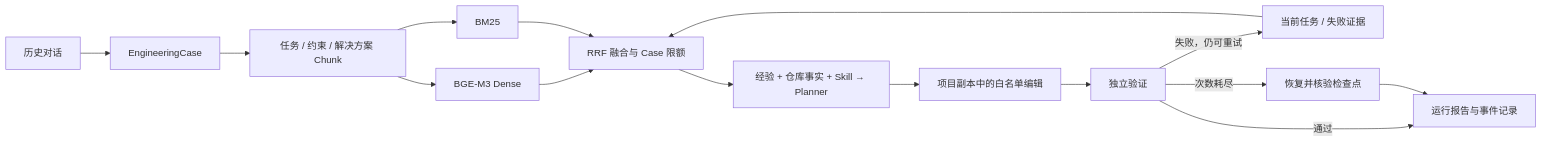
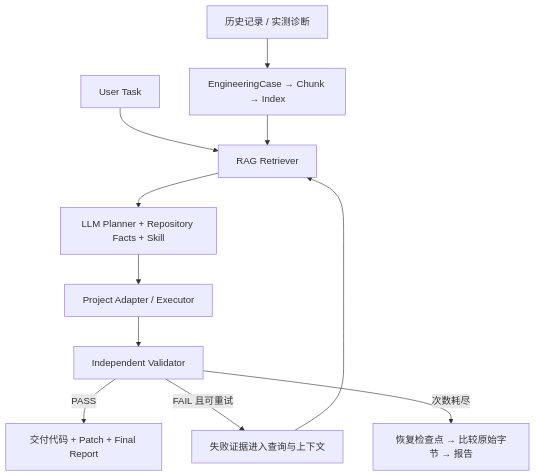
The diagram in README.md (chaomacv/experience-guided-code-agent), drawn with Mermaid before and after one commit. The commit also changed other lines of this file and 56 other files, not shown here.

````diff
--- a/README.md
+++ b/README.md
@@ -30,17 +55,13 @@
 ```mermaid
-flowchart LR
-    A[历史对话] --> B[EngineeringCase]
-    B --> C[任务 / 约束 / 解决方案 Chunk]
-    C --> D[BGE-M3 Dense]
-    C --> E[BM25]
-    D --> F[RRF 融合与 Case 限额]
-    E --> F
-    Q[当前任务 / 失败证据] --> F
-    F --> P[经验 + 仓库事实 + Skill → Planner]
-    P --> X[项目副本中的白名单编辑]
-    X --> V[独立验证]
-    V -->|通过| R[运行报告与事件记录]
-    V -->|失败，仍可重试| Q
-    V -->|次数耗尽| K[恢复并核验检查点]
-    K --> R
+flowchart TD
+    K[历史记录 / 实测诊断] --> C[EngineeringCase → Chunk → Index]
+    T[User Task] --> R[RAG Retriever]
+    C --> R
+    R --> P[LLM Planner + Repository Facts + Skill]
+    P --> E[Project Adapter / Executor]
+    E --> V[Independent Validator]
+    V -->|PASS| D[交付代码 + Patch + Final Report]
+    V -->|FAIL 且可重试| F[失败证据进入查询与上下文]
+    F --> R
+    V -->|次数耗尽| B[恢复检查点 → 比较原始字节 → 报告]
 ```
````
